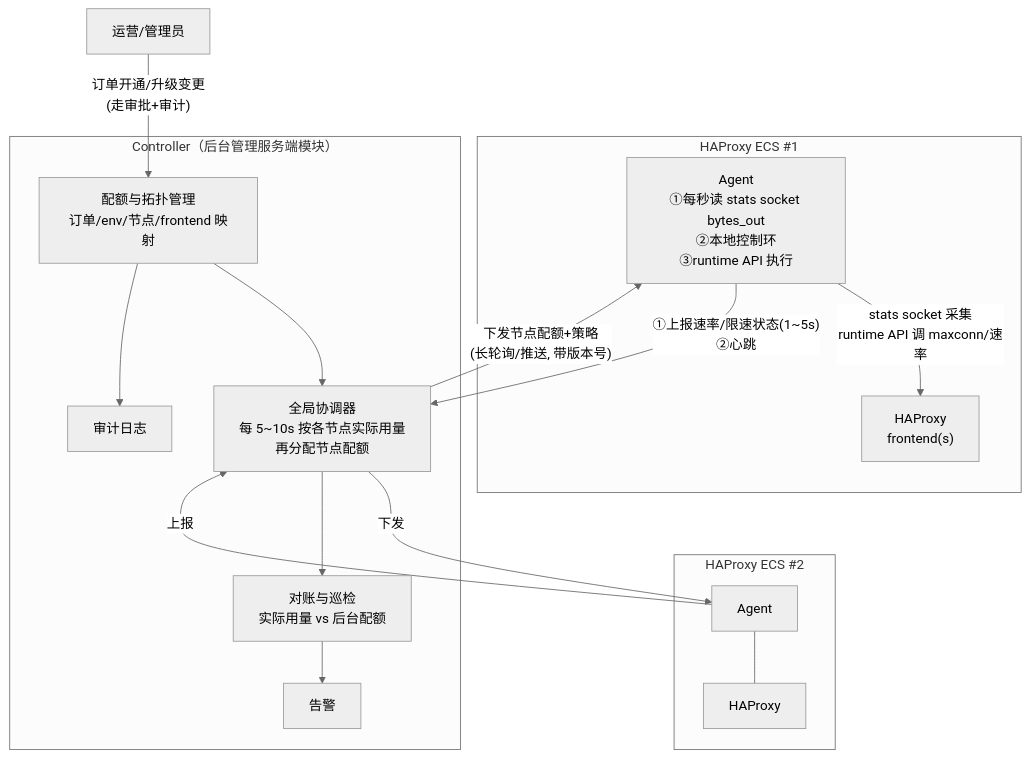
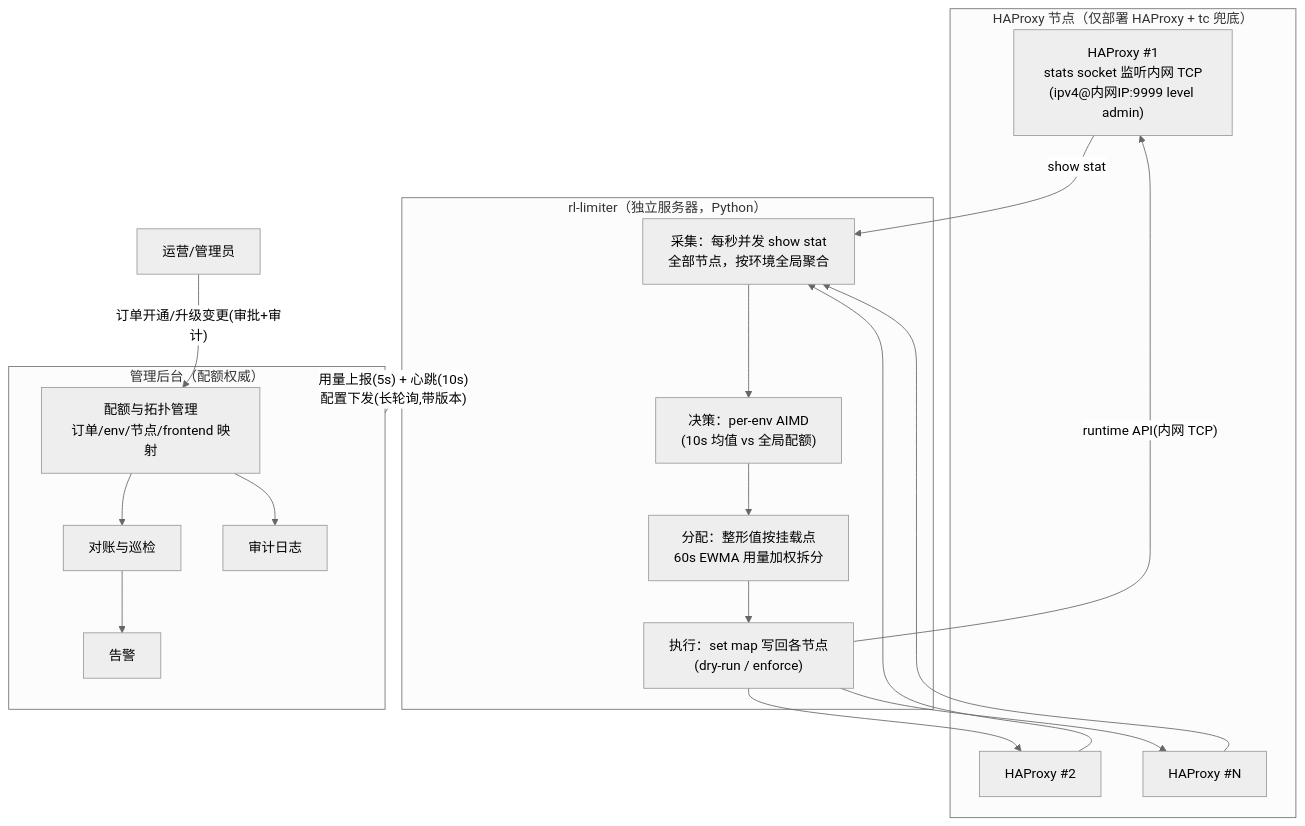
The first of 2 diagrams in docs/01-方案设计.md (ipest-info/haproxy_ingress_rate_limiter), drawn with Mermaid (neutral theme) before and after one commit. The commit also changed other lines of this file and 4 other files, not shown here.

````diff
--- a/docs/01-方案设计.md
+++ b/docs/01-方案设计.md
@@ -42,31 +50,36 @@
 ```mermaid
 flowchart TD
-    subgraph Node1["HAProxy ECS #1"]
-        HA1["HAProxy<br/>frontend(s)"]
-        AG1["Agent<br/>①每秒读 stats socket bytes_out<br/>②本地控制环<br/>③runtime API 执行"]
-        AG1 -- "stats socket 采集<br/>runtime API 调 maxconn/速率" --> HA1
-    end
-    subgraph Node2["HAProxy ECS #2"]
-        HA2["HAProxy"]
-        AG2["Agent"]
-        AG2 --- HA2
+    subgraph Nodes["HAProxy 节点（仅部署 HAProxy + tc 兜底）"]
+        HA1["HAProxy #1<br/>stats socket 监听内网 TCP<br/>(ipv4@内网IP:9999 level admin)"]
+        HA2["HAProxy #2"]
+        HA3["HAProxy #N"]
     end
 
-    subgraph Controller["Controller（后台管理服务端模块）"]
+    subgraph Limiter["rl-limiter（独立服务器，Python）"]
+        COL["采集：每秒并发 show stat<br/>全部节点，按环境全局聚合"]
+        GOV["决策：per-env AIMD<br/>(10s 均值 vs 全局配额)"]
+        ALLOC["分配：整形值按挂载点<br/>60s EWMA 用量加权拆分"]
+        EXE["执行：set map 写回各节点<br/>(dry-run / enforce)"]
+        COL --> GOV --> ALLOC --> EXE
+    end
+
+    EXE -- "runtime API(内网 TCP)" --> HA1
+    EXE --> HA2
+    EXE --> HA3
+    HA1 -- "show stat" --> COL
+    HA2 --> COL
+    HA3 --> COL
+
+    subgraph Admin["管理后台（配额权威）"]
         CFG["配额与拓扑管理<br/>订单/env/节点/frontend 映射"]
-        COORD["全局协调器<br/>每 5~10s 按各节点实际用量<br/>再分配节点配额"]
-        RECON["对账与巡检<br/>实际用量 vs 后台配额"]
+        RECON["对账与巡检"]
         AUDIT["审计日志"]
         ALERT["告警"]
     end
 
-    AG1 -- "①上报速率/限速状态(1~5s)<br/>②心跳" --> COORD
-    AG2 -- 上报 --> COORD
-    COORD -- "下发节点配额+策略<br/>(长轮询/推送, 带版本号)" --> AG1
-    COORD -- 下发 --> AG2
-    CFG --> COORD
-    COORD --> RECON --> ALERT
+    Admin -- "配置下发(长轮询,带版本)" --> Limiter
+    Limiter -- "用量上报(5s) + 心跳(10s)" --> Admin
+    CFG --> RECON --> ALERT
     CFG --> AUDIT
-
-    OPS["运营/管理员"] -- "订单开通/升级变更<br/>(走审批+审计)" --> CFG
+    OPS["运营/管理员"] -- "订单开通/升级变更(审批+审计)" --> CFG
 ```
````
